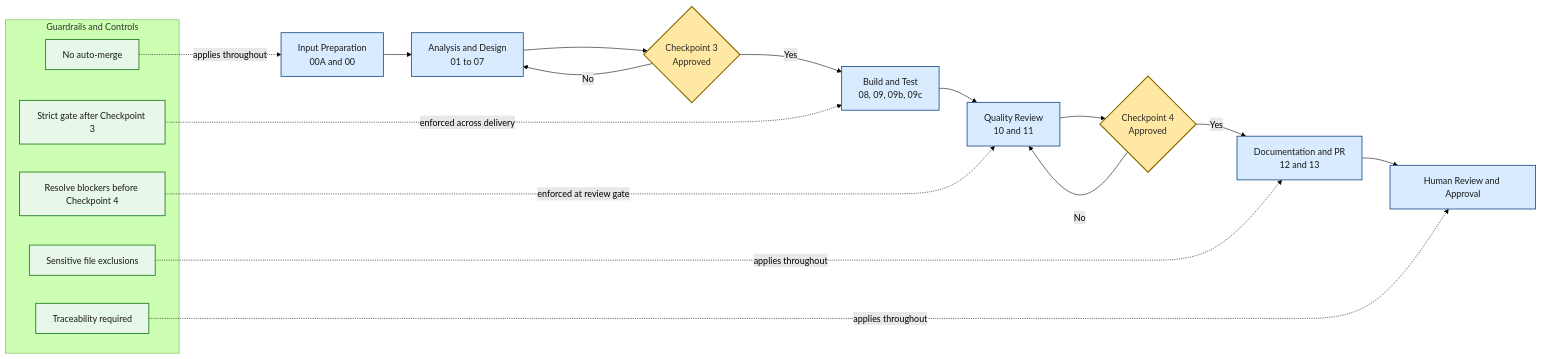
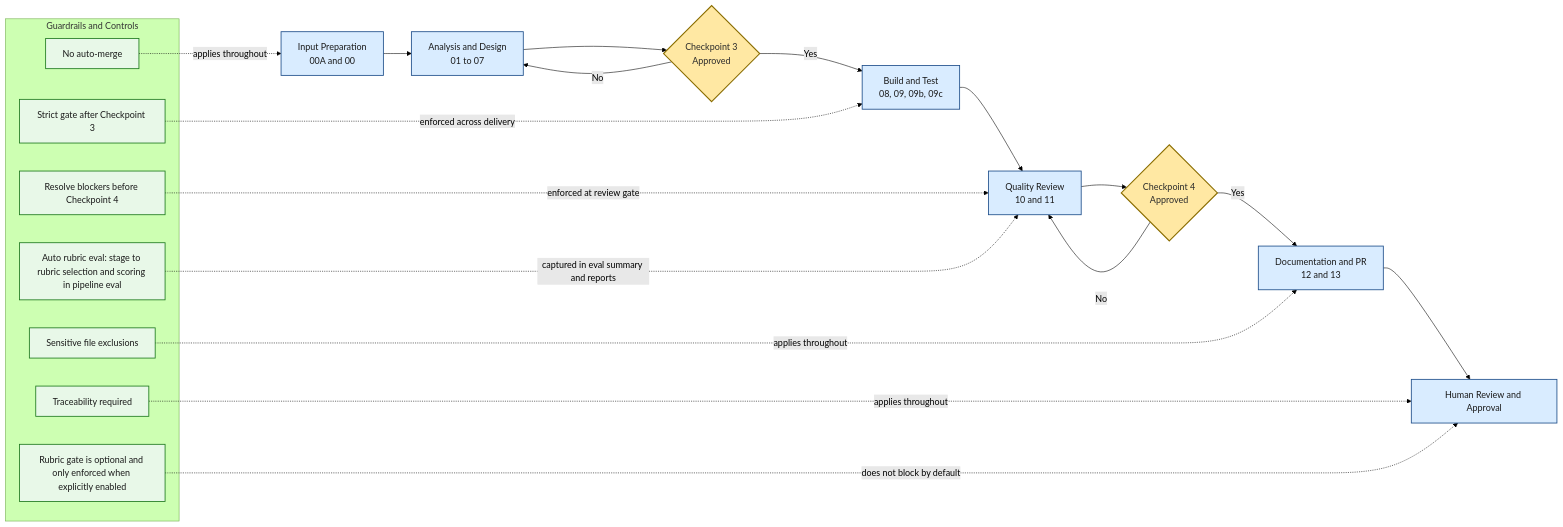
One commit to mellebie/sdlc-agents-copilot changed the diagram in outputs/docs/pipeline-flow-executive.mmd. Above: the diagram before and after it, drawn with Mermaid (forest theme). The commit also changed 1 other file, not shown here.

Commit message:
docs(diagrams): reflect automatic rubric eval orchestration

```diff
--- a/outputs/docs/pipeline-flow-executive.mmd
+++ b/outputs/docs/pipeline-flow-executive.mmd
@@ -1,41 +1,45 @@
 flowchart LR
     A[Input Preparation
 00A and 00] --> B[Analysis and Design
 01 to 07]
     B --> C{Checkpoint 3
 Approved}
     C -->|Yes| D[Build and Test
 08, 09, 09b, 09c]
     C -->|No| B
 
     D --> E[Quality Review
 10 and 11]
     E --> F{Checkpoint 4
 Approved}
     F -->|Yes| G[Documentation and PR
 12 and 13]
     F -->|No| E
 
     G --> H[Human Review and Approval]
 
     subgraph Controls[Guardrails and Controls]
         C1[No auto-merge]
         C2[Traceability required]
         C3[Strict gate after Checkpoint 3]
         C4[Resolve blockers before Checkpoint 4]
         C5[Sensitive file exclusions]
+        C6[Auto rubric eval: stage to rubric selection and scoring in pipeline eval]
+        C7[Rubric gate is optional and only enforced when explicitly enabled]
     end
 
     C1 -.applies throughout.-> A
     C2 -.applies throughout.-> H
     C3 -.enforced across delivery.-> D
     C4 -.enforced at review gate.-> E
     C5 -.applies throughout.-> G
+    C6 -.captured in eval summary and reports.-> E
+    C7 -.does not block by default.-> H
 
     classDef gate fill:#ffe8a3,stroke:#8a6d00,stroke-width:2px,color:#2b2b2b;
     classDef stage fill:#d9ecff,stroke:#1f4f8b,stroke-width:1.5px,color:#1a1a1a;
     classDef control fill:#e8f8e8,stroke:#1f7a1f,stroke-width:1.5px,color:#1a1a1a;
 
     class C,F gate;
     class A,B,D,E,G,H stage;
-    class C1,C2,C3,C4,C5 control;
+    class C1,C2,C3,C4,C5,C6,C7 control;
```
